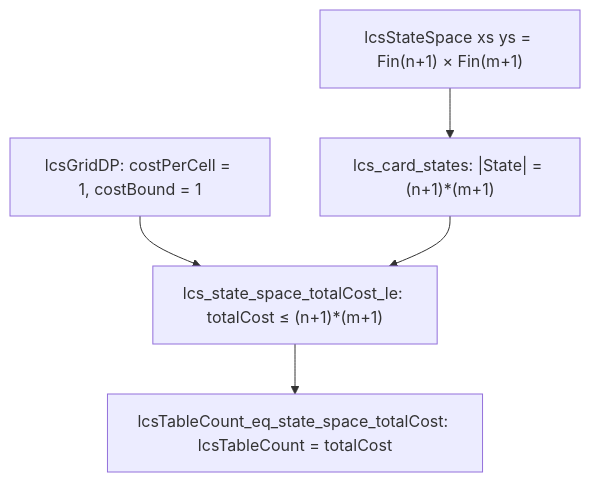
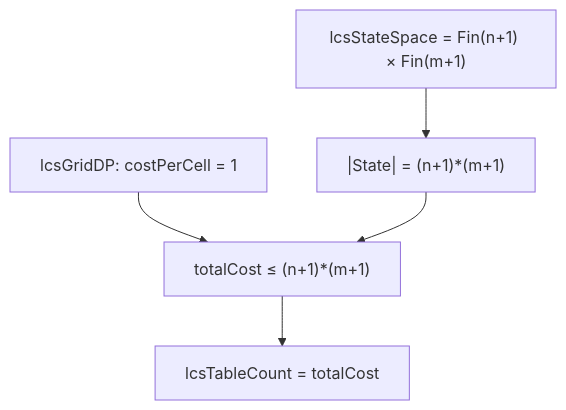
The second of 2 diagrams in Amort/String/LCS.md (tanaeem-moosa/amort), drawn with Mermaid before and after one commit. The commit also changed other lines of this file and 169 other files, not shown here.

````diff
--- a/Amort/String/LCS.md
+++ b/Amort/String/LCS.md
@@ -153,7 +184,7 @@
 ```mermaid
 graph TD
-    lcsStateSpace["lcsStateSpace xs ys = Fin(n+1) × Fin(m+1)"] --> lcsCard["lcs_card_states: |State| = (n+1)*(m+1)"]
-    unitCost["lcsGridDP: costPerCell = 1, costBound = 1"] --> totalCost["lcs_state_space_totalCost_le: totalCost ≤ (n+1)*(m+1)"]
+    lcsStateSpace["lcsStateSpace = Fin(n+1) × Fin(m+1)"] --> lcsCard["|State| = (n+1)*(m+1)"]
+    unitCost["lcsGridDP: costPerCell = 1"] --> totalCost["totalCost ≤ (n+1)*(m+1)"]
     lcsCard --> totalCost
-    totalCost --> tableEq["lcsTableCount_eq_state_space_totalCost: lcsTableCount = totalCost"]
+    totalCost --> tableEq["lcsTableCount = totalCost"]
 ```
````
